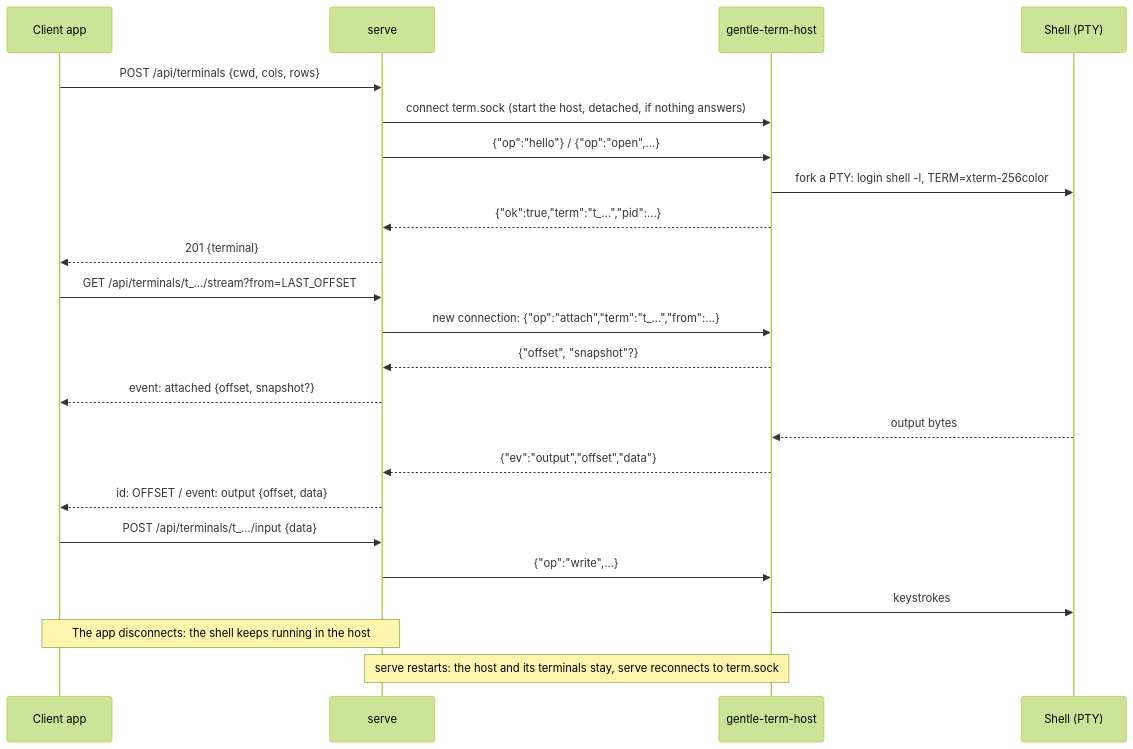
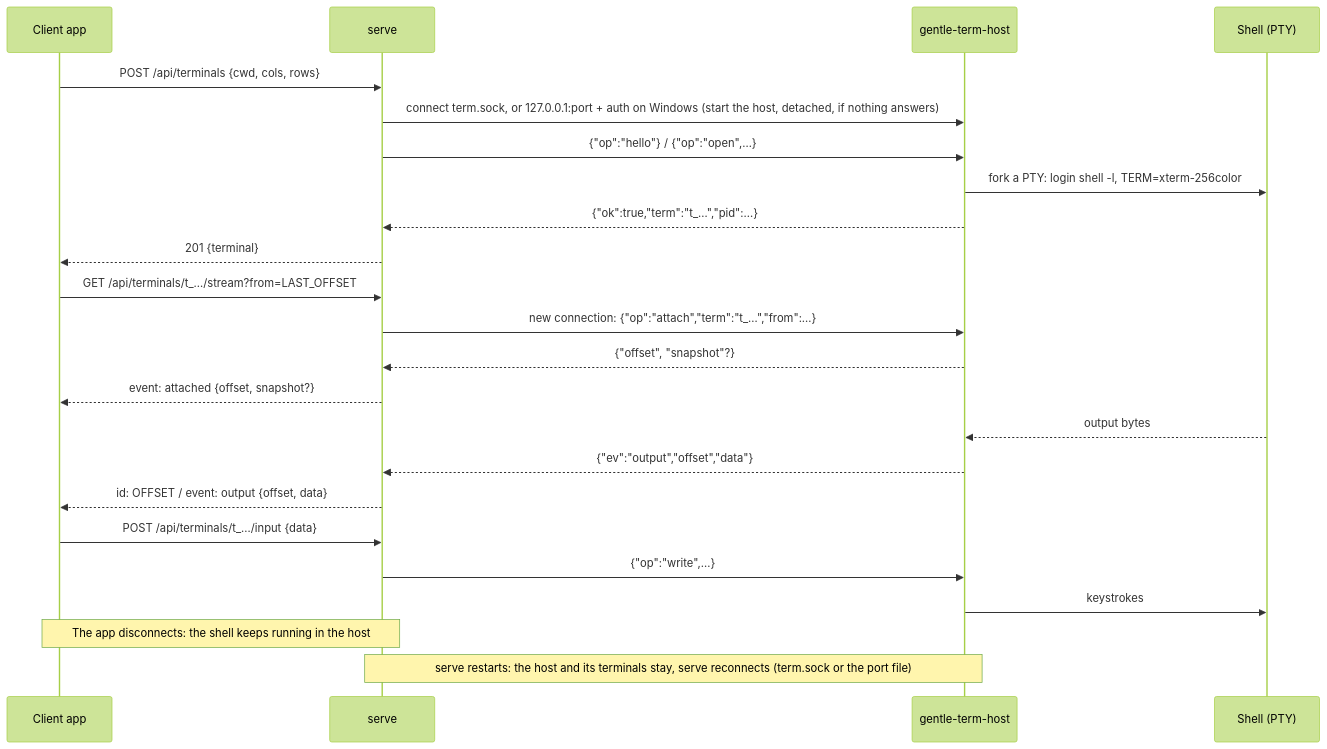
The second of 2 diagrams in docs/serve.md (Gentleman-Programming/gentle-shell), drawn with Mermaid (forest theme) before and after one commit. The commit also changed other lines of this file and 4 other files, not shown here.

First line of the commit message:
feat(serve): term host over TCP on Windows

````diff
--- a/docs/serve.md
+++ b/docs/serve.md
@@ -447,25 +447,25 @@
 ```mermaid
 sequenceDiagram
     participant App as Client app
     participant S as serve
     participant H as gentle-term-host
     participant P as Shell (PTY)
     App->>S: POST /api/terminals {cwd, cols, rows}
-    S->>H: connect term.sock (start the host, detached, if nothing answers)
+    S->>H: connect term.sock, or 127.0.0.1:port + auth on Windows (start the host, detached, if nothing answers)
     S->>H: {"op":"hello"} / {"op":"open",…}
     H->>P: fork a PTY: login shell -l, TERM=xterm-256color
     H-->>S: {"ok":true,"term":"t_…","pid":…}
     S-->>App: 201 {terminal}
     App->>S: GET /api/terminals/t_…/stream?from=LAST_OFFSET
     S->>H: new connection: {"op":"attach","term":"t_…","from":…}
     H-->>S: {"offset", "snapshot"?}
     S-->>App: event: attached {offset, snapshot?}
     P-->>H: output bytes
     H-->>S: {"ev":"output","offset","data"}
     S-->>App: id: OFFSET / event: output {offset, data}
     App->>S: POST /api/terminals/t_…/input {data}
     S->>H: {"op":"write",…}
     H->>P: keystrokes
     Note over App,S: The app disconnects: the shell keeps running in the host
-    Note over S,H: serve restarts: the host and its terminals stay, serve reconnects to term.sock
+    Note over S,H: serve restarts: the host and its terminals stay, serve reconnects (term.sock or the port file)
 ```
````
